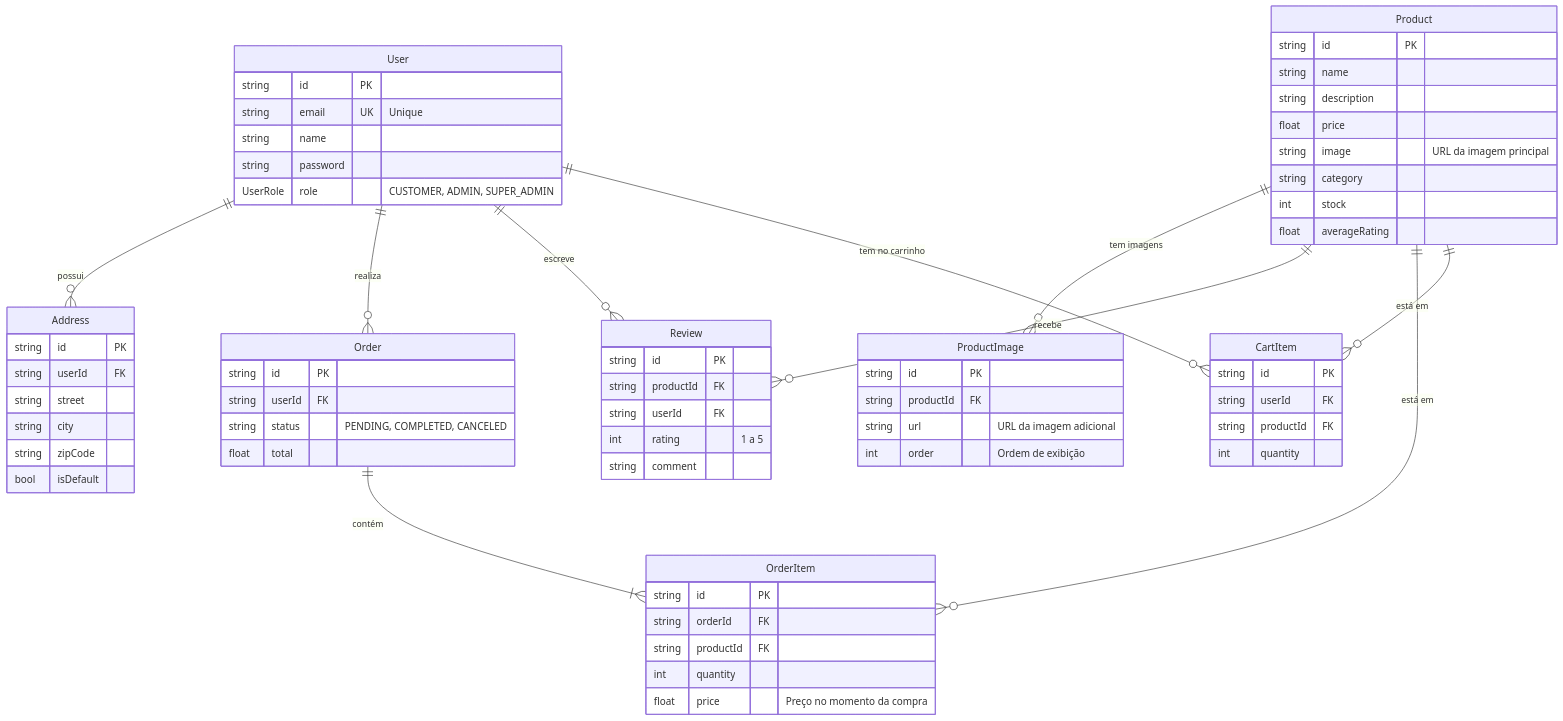
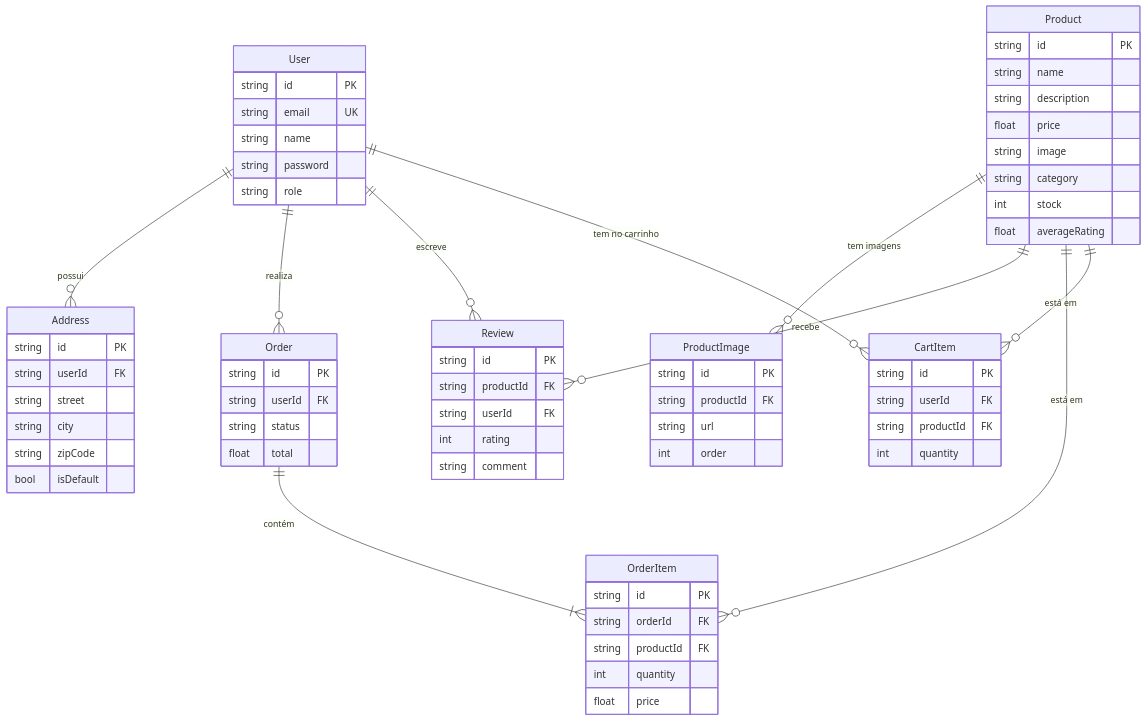
The second of 4 diagrams in PROJECT_OVERVIEW.md (ppconrado/modern-e-commerce), drawn with Mermaid before and after one commit. The commit also changed other lines of this file, not shown here.

Commit message:
fix(docs): improve clarity and consistency in project overview diagrams and descriptions

````diff
--- a/PROJECT_OVERVIEW.md
+++ b/PROJECT_OVERVIEW.md
@@ -73,70 +73,70 @@
 ```mermaid
 erDiagram
     User {
         string id PK
-        string email UK "Unique"
+        string email UK
         string name
         string password
-        UserRole role "CUSTOMER, ADMIN, SUPER_ADMIN"
+        string role
     }
     Address {
         string id PK
         string userId FK
         string street
         string city
         string zipCode
         bool isDefault
     }
     Product {
         string id PK
         string name
         string description
         float price
-        string image "URL da imagem principal"
+        string image
         string category
         int stock
         float averageRating
     }
     ProductImage {
         string id PK
         string productId FK
-        string url "URL da imagem adicional"
-        int order "Ordem de exibição"
+        string url
+        int order
     }
     Review {
         string id PK
         string productId FK
         string userId FK
-        int rating "1 a 5"
+        int rating
         string comment
     }
     Order {
         string id PK
         string userId FK
-        string status "PENDING, COMPLETED, CANCELED"
+        string status
         float total
     }
     OrderItem {
         string id PK
         string orderId FK
         string productId FK
         int quantity
-        float price "Preço no momento da compra"
+        float price
     }
     CartItem {
         string id PK
         string userId FK
         string productId FK
         int quantity
     }
 
     User ||--o{ Address : "possui"
     User ||--o{ Order : "realiza"
     User ||--o{ Review : "escreve"
     User ||--o{ CartItem : "tem no carrinho"
     Product ||--o{ ProductImage : "tem imagens"
     Product ||--o{ Review : "recebe"
     Product ||--o{ OrderItem : "está em"
     Product ||--o{ CartItem : "está em"
     Order ||--|{ OrderItem : "contém"
 ```
````
